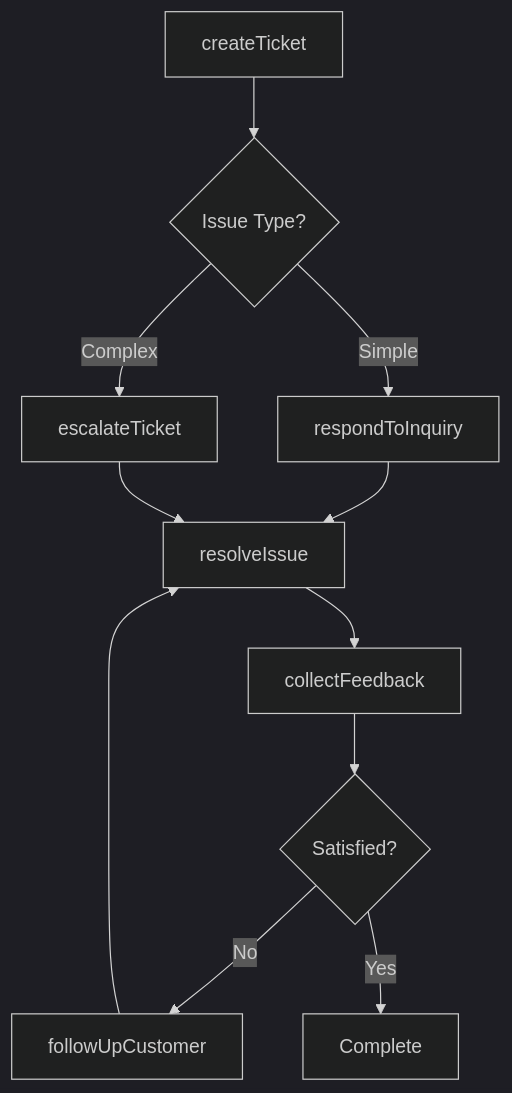
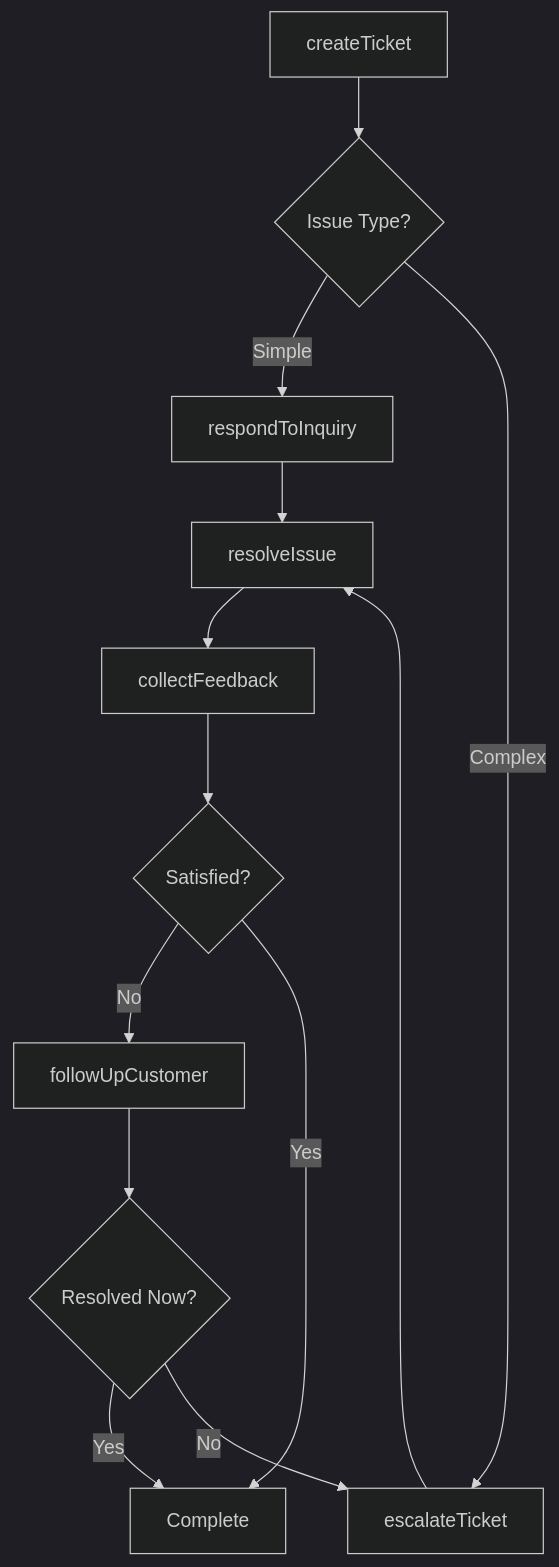
Before and after one commit to dot-org-ai/tasks.org.ai: the third of 4 diagrams in CommunicatingWithPeopleOutsideTheOrganization/ProvideInformationToGuestsClientsOrCustomers/ProvideCustomerServiceClientsUsers.mdx, drawn with Mermaid (dark theme). The commit also changed other lines of this file and 504 other files, not shown here.

First line of the commit message:
feat: Add ER diagrams, state diagrams, and workflow improvements to 96 DWA task files

````diff
--- a/CommunicatingWithPeopleOutsideTheOrganization/ProvideInformationToGuestsClientsOrCustomers/ProvideCustomerServiceClientsUsers.mdx
+++ b/CommunicatingWithPeopleOutsideTheOrganization/ProvideInformationToGuestsClientsOrCustomers/ProvideCustomerServiceClientsUsers.mdx
@@ -87,13 +115,15 @@
 ```mermaid
 graph TD
     A[createTicket] --> B{Issue Type?}
     B -->|Simple| C[respondToInquiry]
     B -->|Complex| D[escalateTicket]
     C --> E[resolveIssue]
     D --> E
     E --> F[collectFeedback]
     F --> G{Satisfied?}
     G -->|No| H[followUpCustomer]
     G -->|Yes| I[Complete]
-    H --> E
+    H --> J{Resolved Now?}
+    J -->|Yes| I
+    J -->|No| D
 ```
````
